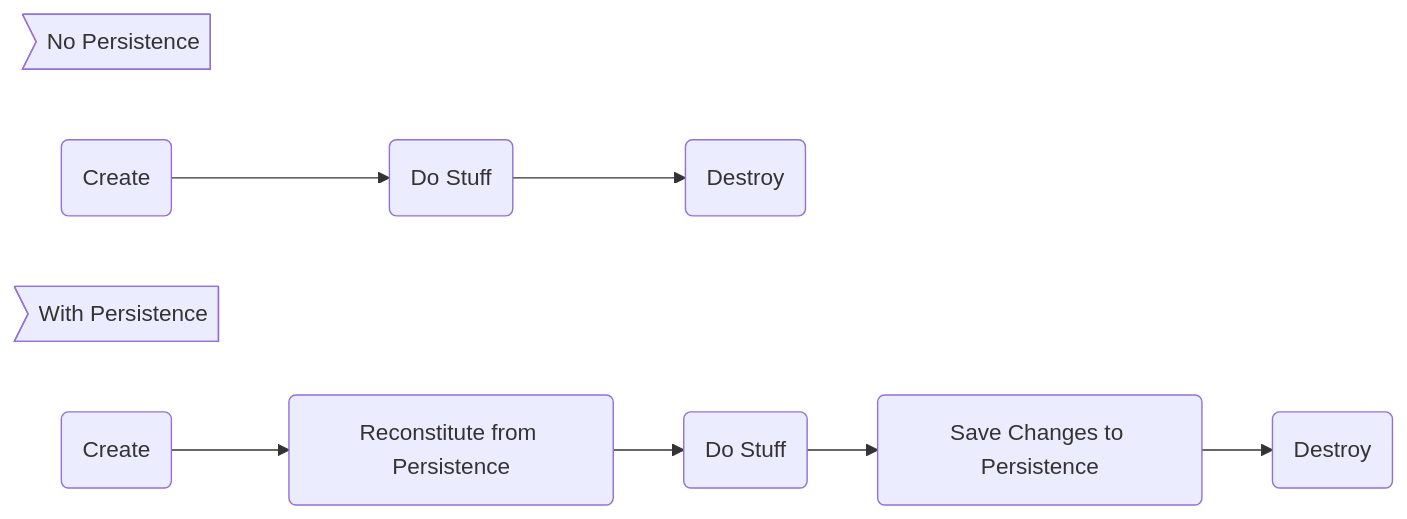
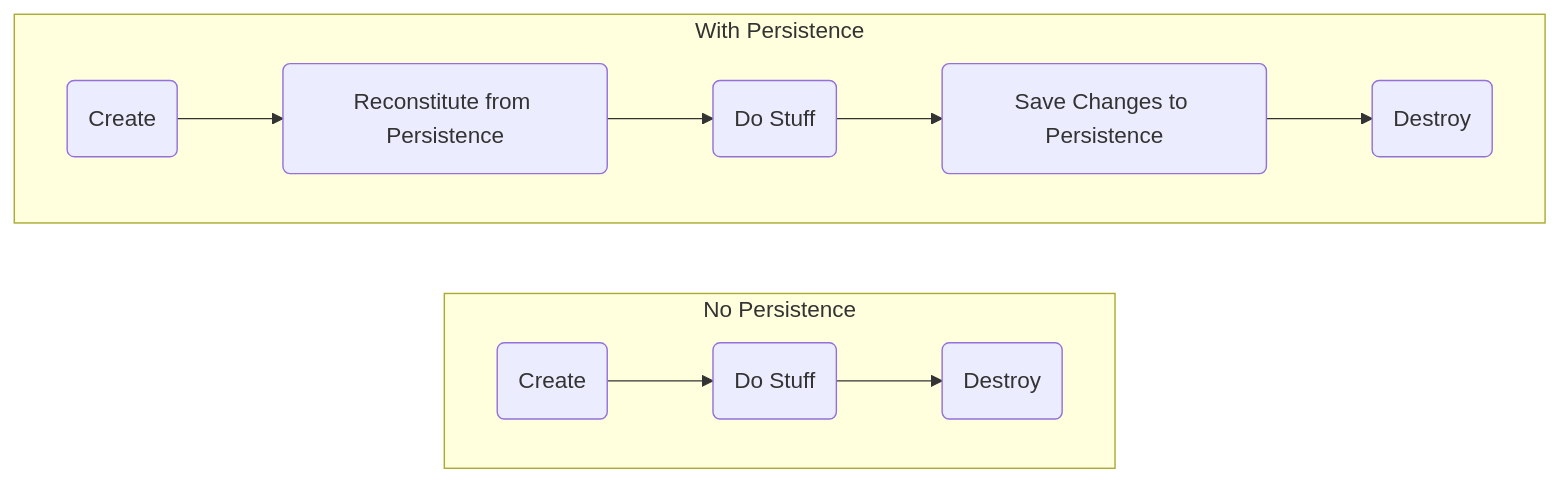
Before and after one commit to pirocorp/Object-Oriented-Design: the diagram in 13. DDD/Working with Repositories.md, drawn with Mermaid. The commit also changed other lines of this file, not shown here.

````diff
--- a/13. DDD/Working with Repositories.md
+++ b/13. DDD/Working with Repositories.md
@@ -15,7 +15,11 @@
 ```mermaid
 flowchart LR
-    id10>No Persistence]
-    id1(Create) --> id2(Do Stuff) --> id3(Destroy)
-    id20>With Persistence]
-    id4(Create) --> id5(Reconstitute from Persistence) --> id6(Do Stuff) --> id7(Save Changes to Persistence) --> id8(Destroy)
+    subgraph No Persistence
+        direction LR
+        id1(Create) --> id2(Do Stuff) --> id3(Destroy)
+    end
+    subgraph With Persistence
+        direction LR
+        id4(Create) --> id5(Reconstitute from Persistence) --> id6(Do Stuff) --> id7(Save Changes to Persistence) --> id8(Destroy)
+    end
 ```
````
